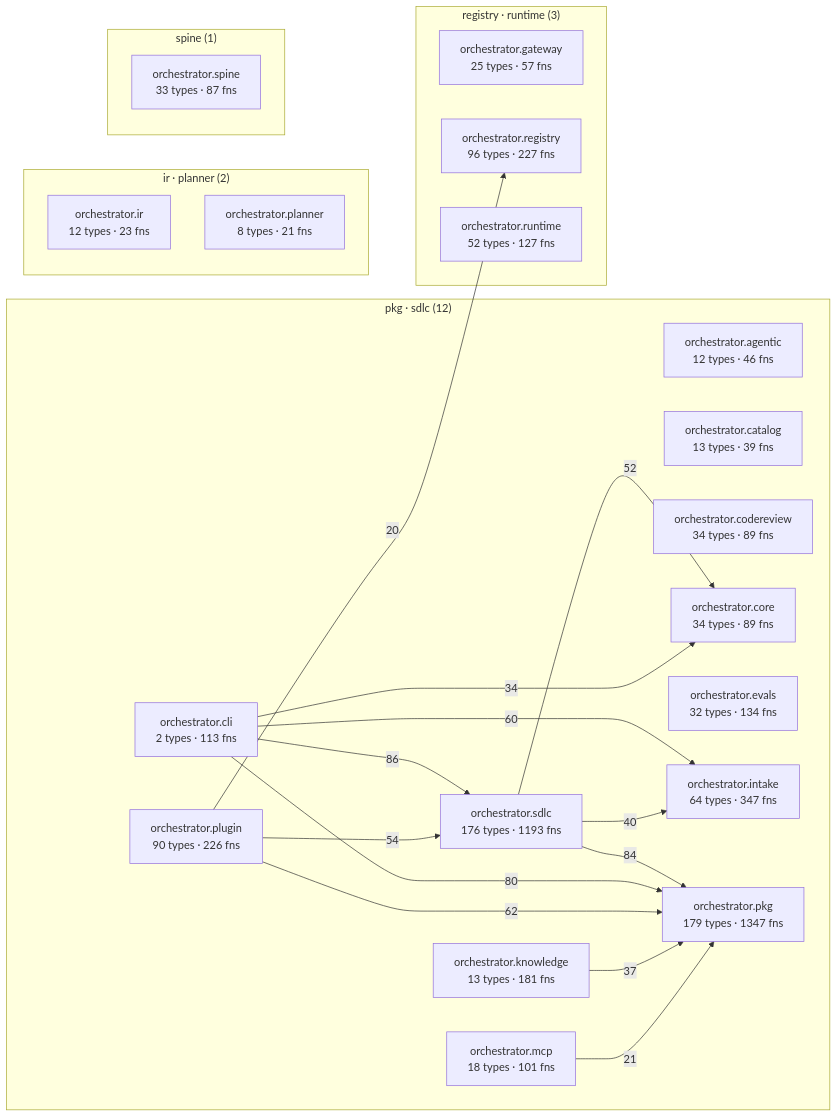
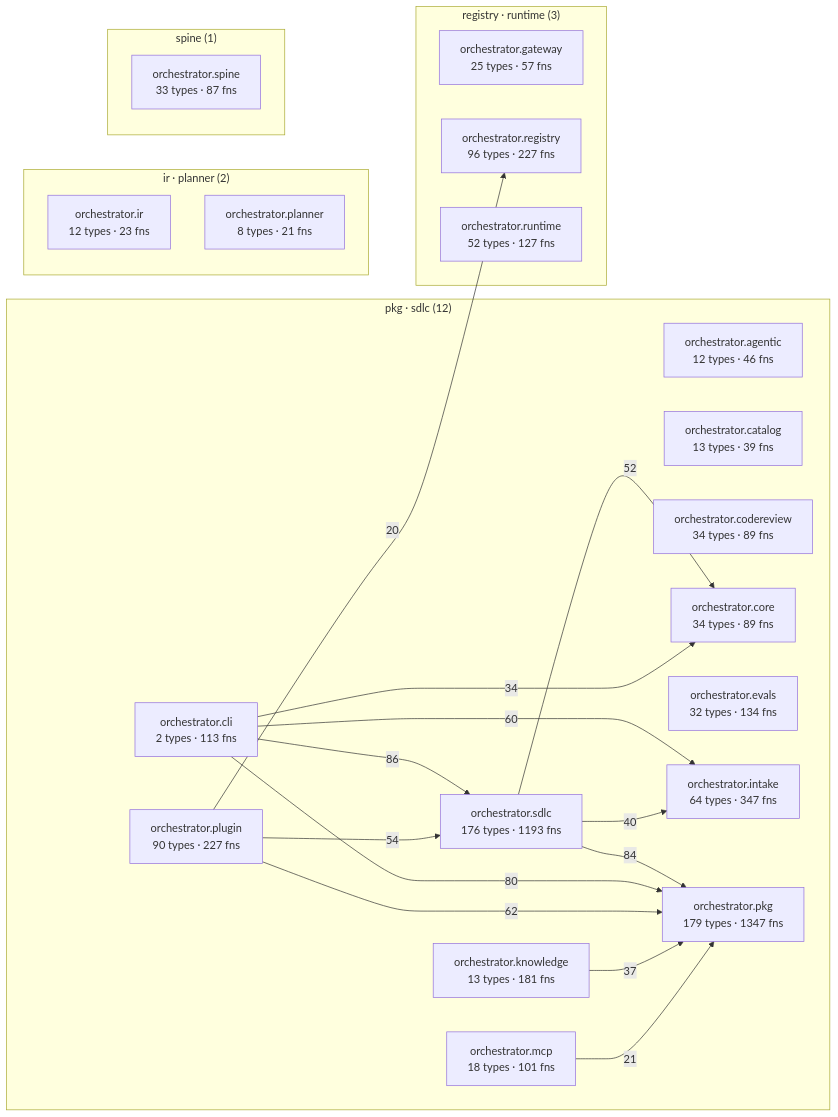
The diagram in episteme/architecture.md (synaptixs/spine), drawn with Mermaid before and after one commit. The commit also changed other lines of this file and 12 other files, not shown here.

````diff
--- a/episteme/architecture.md
+++ b/episteme/architecture.md
@@ -56,41 +56,41 @@
 ```mermaid
 flowchart LR
   subgraph c_2["pkg · sdlc (12)"]
     aorchestratoragentic["orchestrator.agentic<br/>12 types · 46 fns"]
     aorchestratorcatalog["orchestrator.catalog<br/>13 types · 39 fns"]
     aorchestratorcli["orchestrator.cli<br/>2 types · 113 fns"]
     aorchestratorcodereview["orchestrator.codereview<br/>34 types · 89 fns"]
     aorchestratorcore["orchestrator.core<br/>34 types · 89 fns"]
     aorchestratorevals["orchestrator.evals<br/>32 types · 134 fns"]
     aorchestratorintake["orchestrator.intake<br/>64 types · 347 fns"]
     aorchestratorknowledge["orchestrator.knowledge<br/>13 types · 181 fns"]
     aorchestratormcp["orchestrator.mcp<br/>18 types · 101 fns"]
     aorchestratorpkg["orchestrator.pkg<br/>179 types · 1347 fns"]
-    aorchestratorplugin["orchestrator.plugin<br/>90 types · 226 fns"]
+    aorchestratorplugin["orchestrator.plugin<br/>90 types · 227 fns"]
     aorchestratorsdlc["orchestrator.sdlc<br/>176 types · 1193 fns"]
   end
   subgraph c_5["registry · runtime (3)"]
     aorchestratorgateway["orchestrator.gateway<br/>25 types · 57 fns"]
     aorchestratorregistry["orchestrator.registry<br/>96 types · 227 fns"]
     aorchestratorruntime["orchestrator.runtime<br/>52 types · 127 fns"]
   end
   subgraph c_7["ir · planner (2)"]
     aorchestratorir["orchestrator.ir<br/>12 types · 23 fns"]
     aorchestratorplanner["orchestrator.planner<br/>8 types · 21 fns"]
   end
   subgraph c_12["spine (1)"]
     aorchestratorspine["orchestrator.spine<br/>33 types · 87 fns"]
   end
   aorchestratorcli -->|86| aorchestratorsdlc
   aorchestratorsdlc -->|84| aorchestratorpkg
   aorchestratorcli -->|80| aorchestratorpkg
   aorchestratorplugin -->|62| aorchestratorpkg
   aorchestratorcli -->|60| aorchestratorintake
   aorchestratorplugin -->|54| aorchestratorsdlc
   aorchestratorsdlc -->|52| aorchestratorcore
   aorchestratorsdlc -->|40| aorchestratorintake
   aorchestratorknowledge -->|37| aorchestratorpkg
   aorchestratorcli -->|34| aorchestratorcore
   aorchestratormcp -->|21| aorchestratorpkg
   aorchestratorplugin -->|20| aorchestratorregistry
 ```
````
